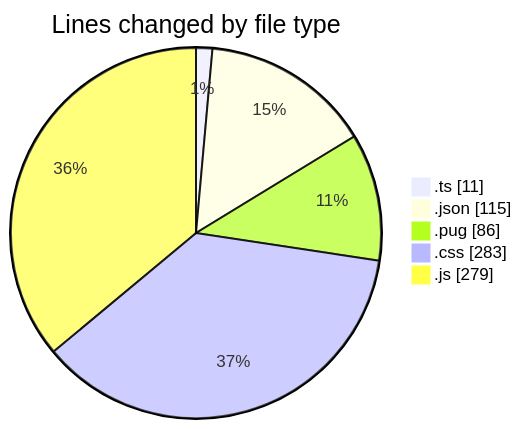
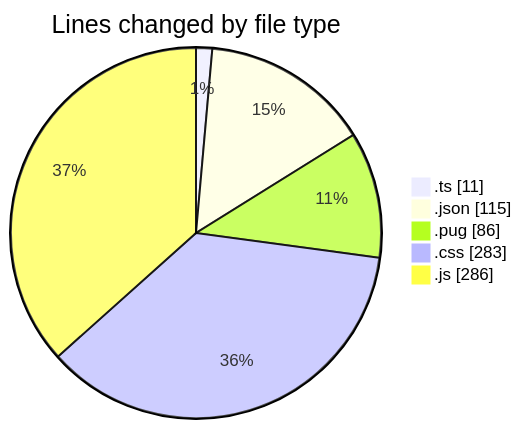
The first of 2 diagrams in 2025-02-24/cda/README.md (momahboobian/code-tracking), drawn with Mermaid before and after one commit. The commit also changed other lines of this file and 1 other file, not shown here.

````diff
--- a/2025-02-24/cda/README.md
+++ b/2025-02-24/cda/README.md
@@ -31,9 +31,9 @@
 ```mermaid
 pie showData
 title Lines changed by file type
 ".ts" : 11
 ".json" : 115
 ".pug" : 86
 ".css" : 283
-".js" : 279
+".js" : 286
 ```
````
